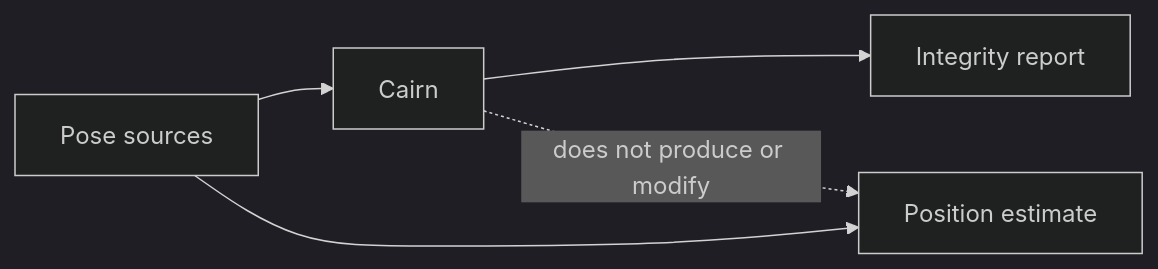
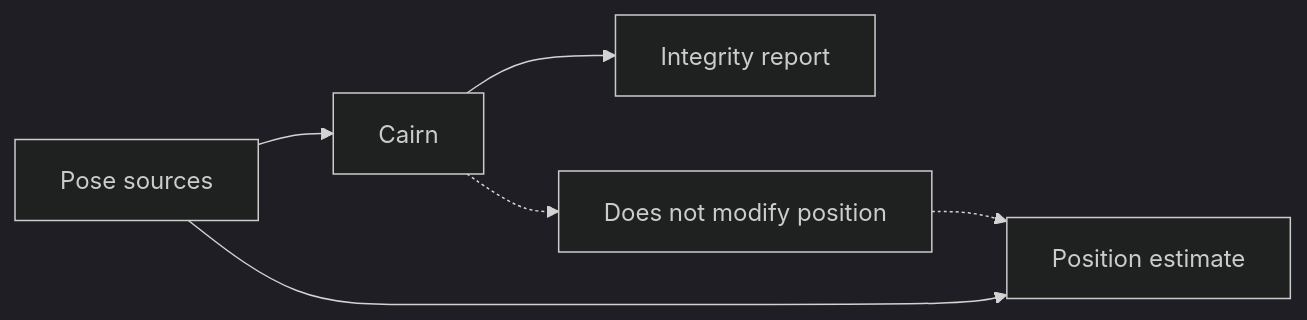
Before and after one commit to GautamTalksDev/Cairn: the second of 2 diagrams in README.md, drawn with Mermaid (dark theme). The commit also changed other lines of this file and 1 other file, not shown here.

Commit message:
Simplify README metrics to plain English, fix Mermaid diagrams

````diff
--- a/README.md
+++ b/README.md
@@ -71,7 +71,8 @@
 ```mermaid
 flowchart LR
   S[Pose sources] --> C[Cairn]
   C --> R[Integrity report]
   S --> P[Position estimate]
-  C -.->|does not produce or modify| P
+  C -.-> X[Does not modify position]
+  X -.-> P
 ```
````
